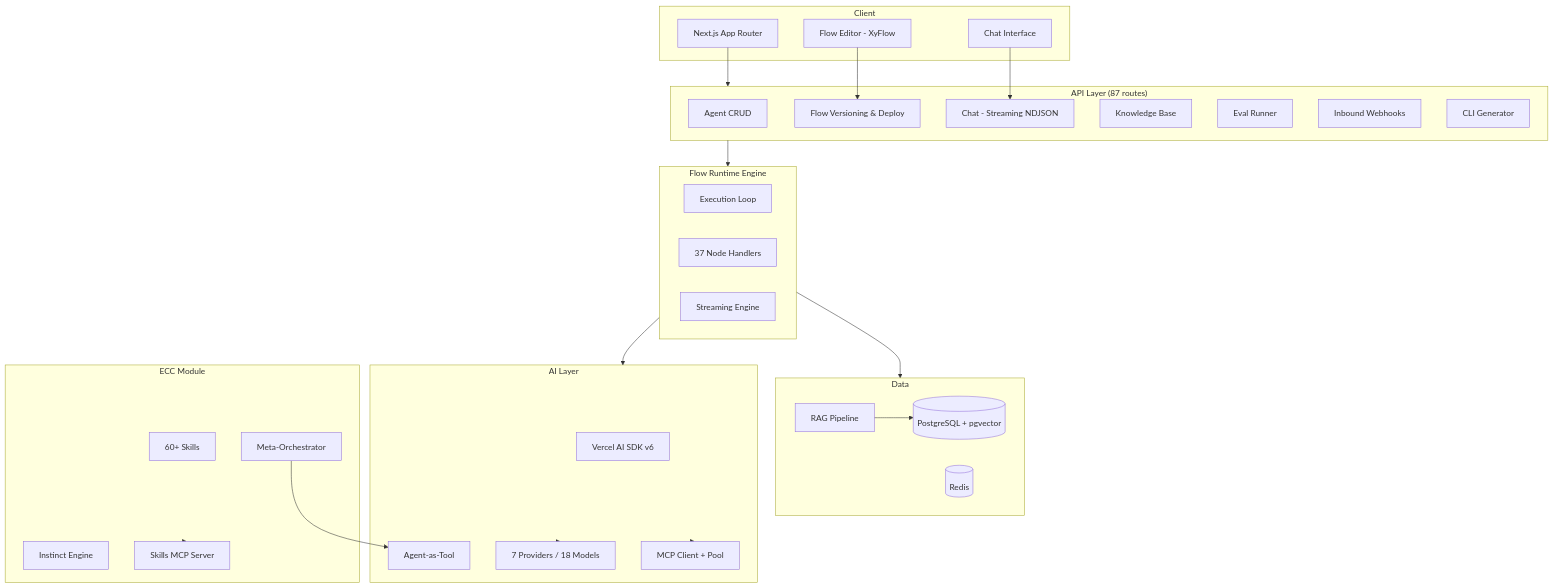
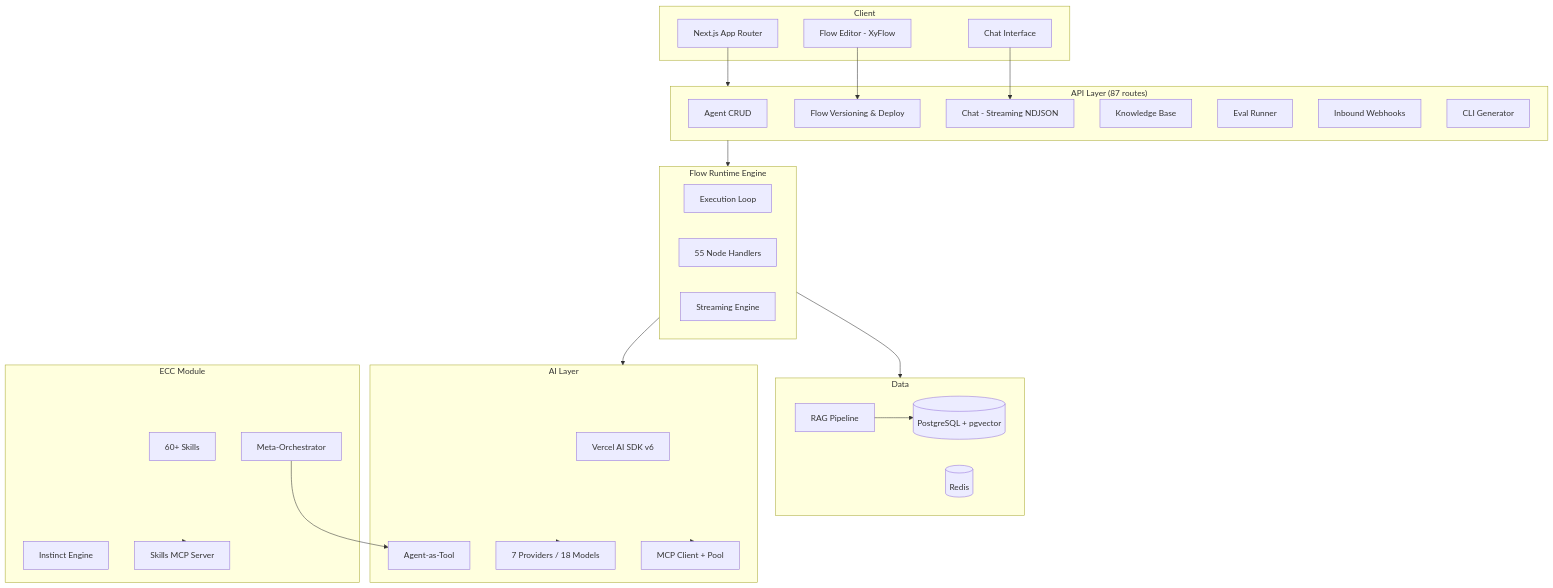
One commit to webdevcom01-cell/agent-studio changed the diagram in README.md. Above: the diagram before and after it, drawn with Mermaid. The commit also changed other lines of this file and 2 other files, not shown here.

````diff
--- a/README.md
+++ b/README.md
@@ -138,56 +138,56 @@
 ```mermaid
 graph TB
     subgraph Client
         UI[Next.js App Router]
         FE[Flow Editor - XyFlow]
         Chat[Chat Interface]
     end
 
     subgraph API["API Layer (87 routes)"]
         Agents[Agent CRUD]
         FlowAPI[Flow Versioning & Deploy]
         ChatAPI[Chat - Streaming NDJSON]
         KBAPI[Knowledge Base]
         Evals[Eval Runner]
         Webhooks[Inbound Webhooks]
         CLI[CLI Generator]
     end
 
     subgraph Runtime["Flow Runtime Engine"]
         Engine[Execution Loop]
-        Handlers[37 Node Handlers]
+        Handlers[55 Node Handlers]
         Stream[Streaming Engine]
     end
 
     subgraph AI["AI Layer"]
         SDK[Vercel AI SDK v6]
         Providers[7 Providers / 18 Models]
         MCP[MCP Client + Pool]
         AgentTools[Agent-as-Tool]
     end
 
     subgraph Data
         PG[(PostgreSQL + pgvector)]
         Redis[(Redis)]
         KB[RAG Pipeline]
     end
 
     subgraph ECC["ECC Module"]
         Skills[60+ Skills]
         Meta[Meta-Orchestrator]
         Learn[Instinct Engine]
         ECCMCP[Skills MCP Server]
     end
 
     UI --> API
     FE --> FlowAPI
     Chat --> ChatAPI
     API --> Runtime
     Runtime --> AI
     AI --> Providers
     AI --> MCP
     Runtime --> Data
     KB --> PG
     ECC --> ECCMCP
     Meta --> AgentTools
 ```
````
